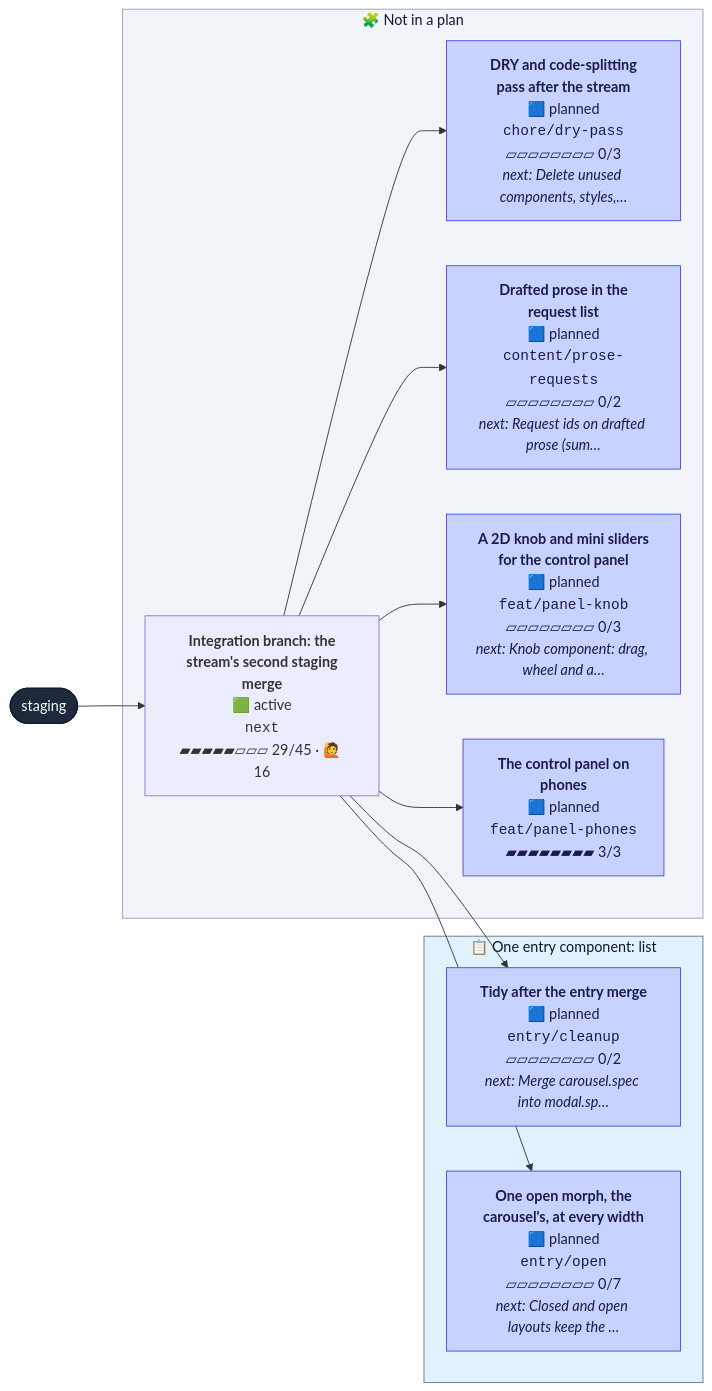
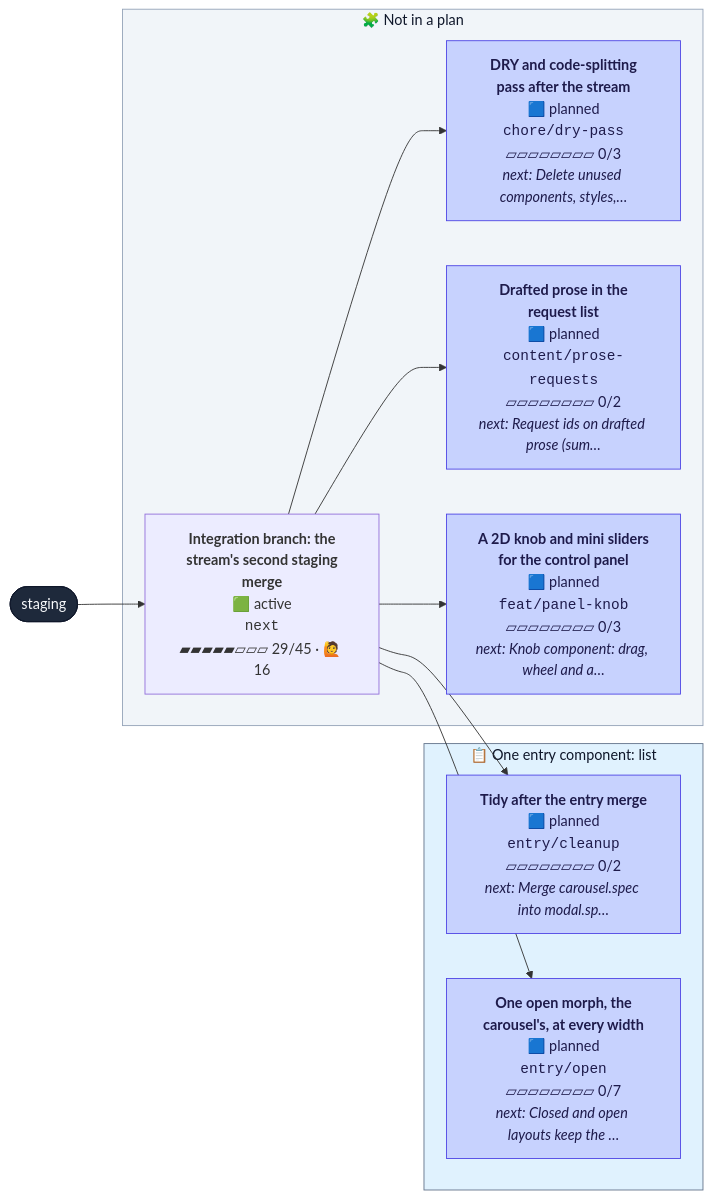
Before and after one commit to henryjonescodes/portfolio: the second of 2 diagrams in CONTRIBUTING.md, drawn with Mermaid. The commit also changed other lines of this file, not shown here.

````diff
--- a/CONTRIBUTING.md
+++ b/CONTRIBUTING.md
@@ -54,41 +54,38 @@
 ```mermaid
 flowchart LR
   n_staging([staging])
   class n_staging trunk
   subgraph plan_0["📋 One entry component: list"]
     n_entry_cleanup["<b>Tidy after the entry merge</b><br/>🟦 planned<br/><code>entry/cleanup</code><br/>▱▱▱▱▱▱▱▱ 0/2<br/><i>next: Merge carousel.spec into modal.sp…</i>"]
     class n_entry_cleanup planned
     n_entry_open["<b>One open morph, the<br/>carousel's, at every width</b><br/>🟦 planned<br/><code>entry/open</code><br/>▱▱▱▱▱▱▱▱ 0/7<br/><i>next: Closed and open layouts keep the …</i>"]
     class n_entry_open planned
   end
   style plan_0 fill:#e0f2fe,stroke:#64748b,color:#0f172a
   subgraph loose["🧩 Not in a plan"]
     n_chore_dry_pass["<b>DRY and code-splitting<br/>pass after the stream</b><br/>🟦 planned<br/><code>chore/dry-pass</code><br/>▱▱▱▱▱▱▱▱ 0/3<br/><i>next: Delete unused components, styles,…</i>"]
     class n_chore_dry_pass planned
     n_content_prose_requests["<b>Drafted prose in the<br/>request list</b><br/>🟦 planned<br/><code>content/prose-requests</code><br/>▱▱▱▱▱▱▱▱ 0/2<br/><i>next: Request ids on drafted prose (sum…</i>"]
     class n_content_prose_requests planned
     n_feat_panel_knob["<b>A 2D knob and mini sliders<br/>for the control panel</b><br/>🟦 planned<br/><code>feat/panel-knob</code><br/>▱▱▱▱▱▱▱▱ 0/3<br/><i>next: Knob component: drag, wheel and a…</i>"]
     class n_feat_panel_knob planned
-    n_feat_panel_phones["<b>The control panel on<br/>phones</b><br/>🟦 planned<br/><code>feat/panel-phones</code><br/>▰▰▰▰▰▰▰▰ 3/3"]
-    class n_feat_panel_phones planned
     n_next["<b>Integration branch: the<br/>stream's second staging<br/>merge</b><br/>🟩 active<br/><code>next</code><br/>▰▰▰▰▰▱▱▱ 29/45 · 🙋 16"]
     class n_next active,current
   end
   style loose fill:#f1f5f9,stroke:#94a3b8,color:#0f172a
   n_next --> n_chore_dry_pass
   n_next --> n_content_prose_requests
   n_next --> n_entry_cleanup
   n_next --> n_entry_open
   n_next --> n_feat_panel_knob
-  n_next --> n_feat_panel_phones
   n_staging --> n_next
   classDef merged fill:#dcfce7,stroke:#16a34a,color:#052e16
   classDef todo fill:#ffffff,stroke:#94a3b8,stroke-dasharray:2 2,color:#334155
   classDef planned fill:#c7d2fe,stroke:#4f46e5,color:#1e1b4b
   classDef sketched fill:#f8fafc,stroke:#64748b,stroke-dasharray:4 3,color:#334155
   classDef active fill:#bbf7d0,stroke:#16a34a,stroke-width:3px,color:#052e16
   classDef review fill:#fde68a,stroke:#d97706,stroke-width:3px,color:#451a03
   classDef blocked fill:#fecaca,stroke:#dc2626,stroke-width:3px,color:#450a0a
   classDef trunk fill:#1e293b,stroke:#0f172a,color:#f8fafc
   classDef current stroke:#0ea5e9,stroke-width:5px
 ```
````
